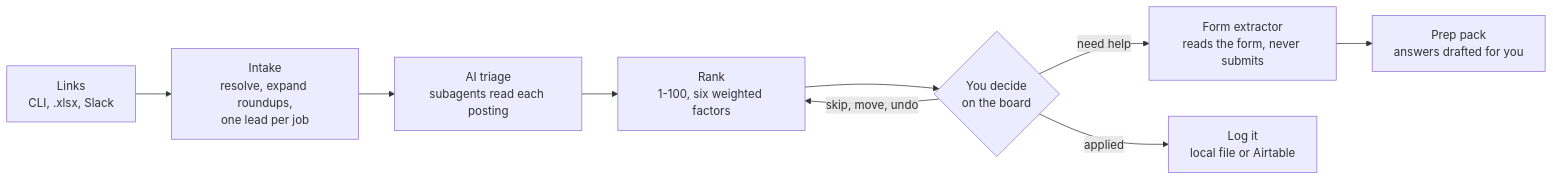
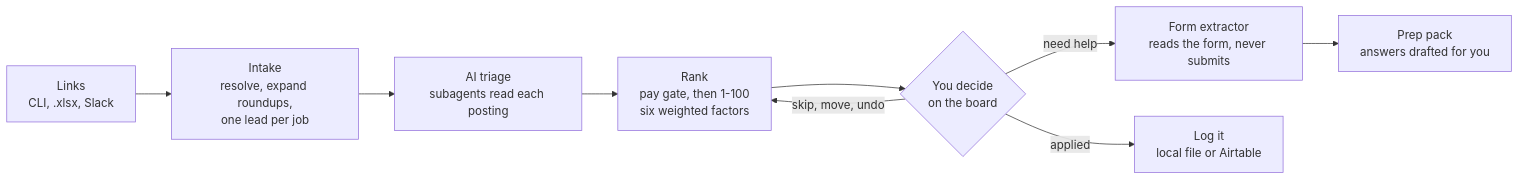
The diagram in README.md (Josevventures/job-search-copilot), drawn with Mermaid before and after one commit. The commit also changed other lines of this file and 3 other files, not shown here.

````diff
--- a/README.md
+++ b/README.md
@@ -37,11 +41,11 @@
 ```mermaid
 flowchart LR
     A[Links<br/>CLI, .xlsx, Slack] --> B[Intake<br/>resolve, expand roundups,<br/>one lead per job]
     B --> C[AI triage<br/>subagents read each posting]
-    C --> D[Rank<br/>1-100, six weighted factors]
+    C --> D[Rank<br/>pay gate, then 1-100<br/>six weighted factors]
     D --> E{You decide<br/>on the board}
     E -->|skip, move, undo| D
     E -->|need help| F[Form extractor<br/>reads the form, never submits]
     F --> G[Prep pack<br/>answers drafted for you]
     E -->|applied| H[Log it<br/>local file or Airtable]
 ```
````
